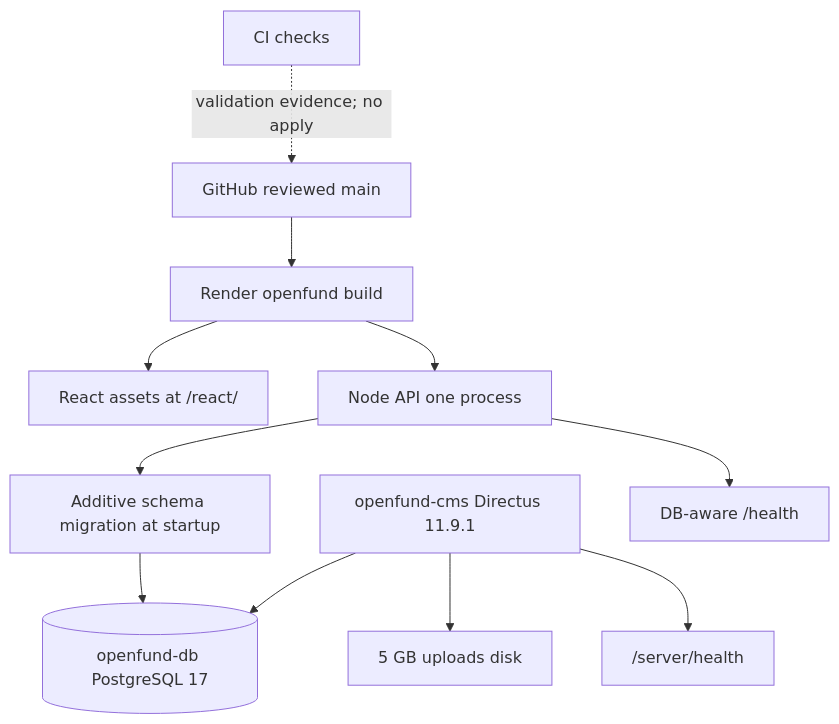
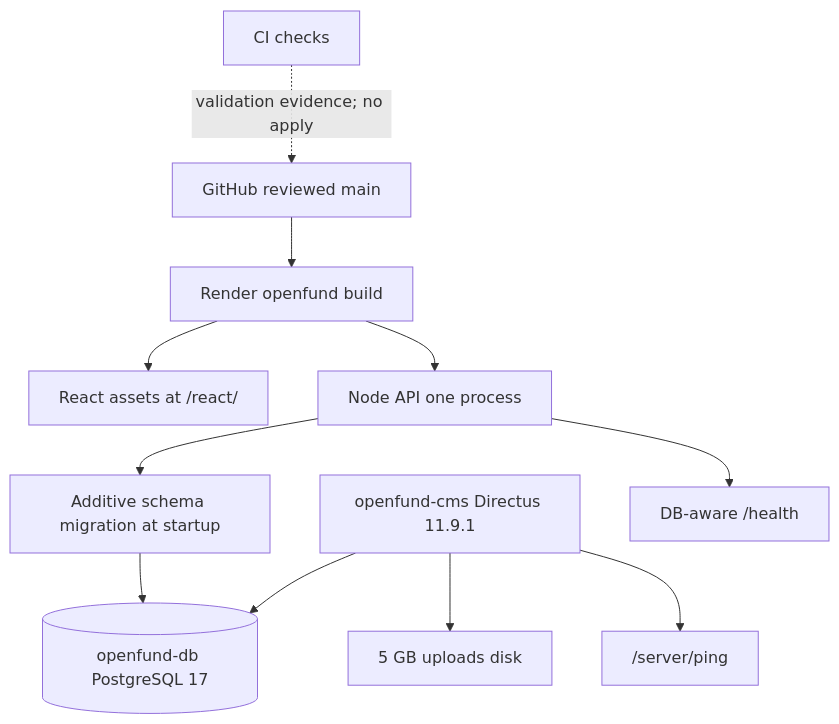
One commit to algomanlife/openfund changed the diagram in docs/assets/diagrams/deployment.mmd. Above: the diagram before and after it, drawn with Mermaid. The commit also changed 22 other files, not shown here.

```diff
--- a/docs/assets/diagrams/deployment.mmd
+++ b/docs/assets/diagrams/deployment.mmd
@@ -1,11 +1,11 @@
 flowchart TB
   Git[GitHub reviewed main] --> Build[Render openfund build]
   Build --> Web[React assets at /react/]
   Build --> API[Node API one process]
   API --> Migrate[Additive schema migration at startup]
   Migrate --> DB[(openfund-db PostgreSQL 17)]
   CMS[openfund-cms Directus 11.9.1] --> DB
   CMS --> Disk[5 GB uploads disk]
   API --> Health[DB-aware /health]
-  CMS --> CMSHealth["/server/health"]
+  CMS --> CMSHealth["/server/ping"]
   CI[CI checks] -.->|validation evidence; no apply| Git
```
